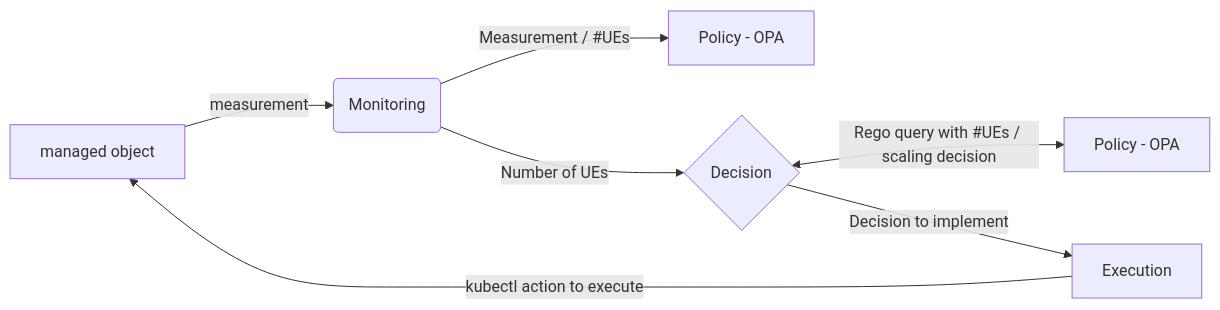
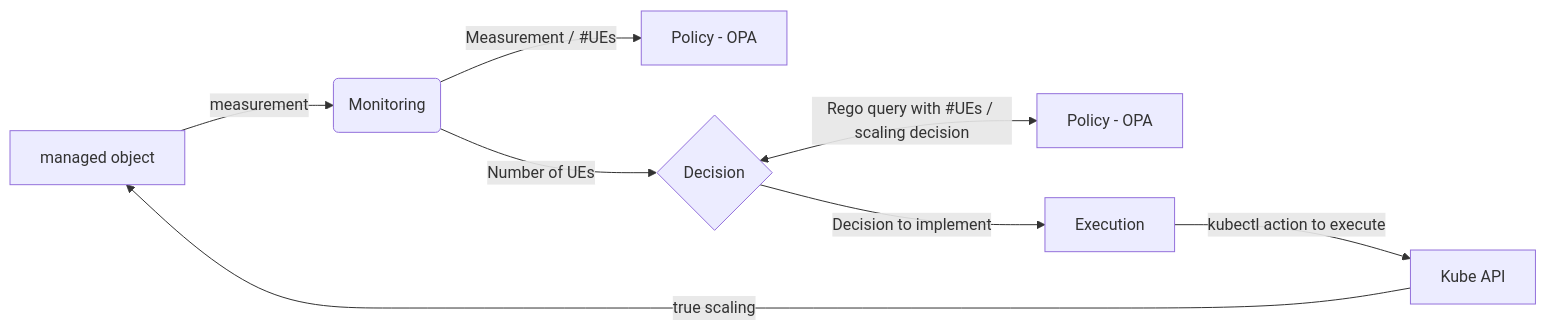
Before and after one commit to dbursztynowski/cl_demo: the diagram in README2.md, drawn with Mermaid.

````diff
--- a/README2.md
+++ b/README2.md
@@ -7,9 +7,10 @@
 ```mermaid
 flowchart LR
 M[managed object] -->|measurement| A(Monitoring)
 A -->|Measurement / #UEs| P[Policy - OPA]
 A -->|Number of UEs| B{Decision}
 B <-->|Rego query with #UEs / scaling decision| C[Policy - OPA]
 B -->|Decision to implement| D[Execution]
-D -->|kubectl action to execute| M
+D -->|kubectl action to execute| K[Kube API]
+K -->|true scaling| M
 ```
````
